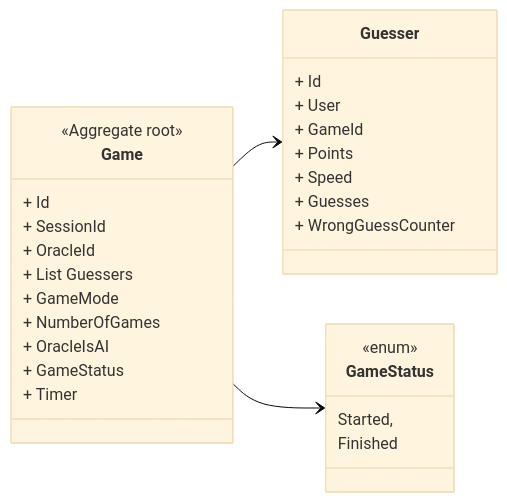
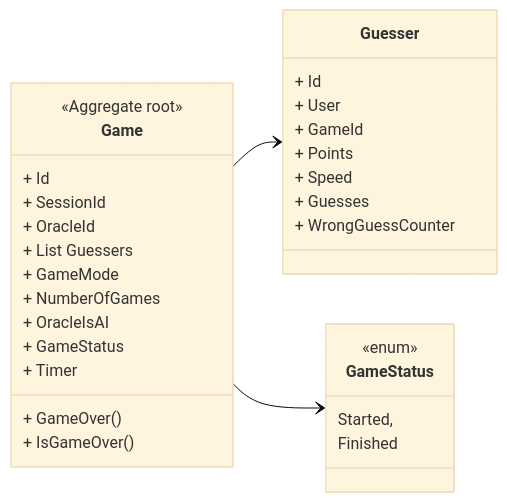
Before and after one commit to JoachimTislov/Image-guesser: the fifth of 8 diagrams in src/relations.md, drawn with Mermaid (base theme). The commit also changed 31 other files, not shown here.

````diff
--- a/src/relations.md
+++ b/src/relations.md
@@ -147,32 +147,34 @@
 ```mermaid
 classDiagram
     direction LR
     class Game {
         <<Aggregate root>>
         + Id
         + SessionId
         + OracleId
         + List Guessers
         + GameMode
         + NumberOfGames
         + OracleIsAI
         + GameStatus
         + Timer
+        + GameOver()
+        + IsGameOver()
     }
     class Guesser {
         + Id
         + User
         + GameId
         + Points
         + Speed
         + Guesses
         + WrongGuessCounter
     }
     class GameStatus {
         <<enum>>
         Started,
         Finished
     }
     Game --> Guesser
     Game --> GameStatus
 ```
````
